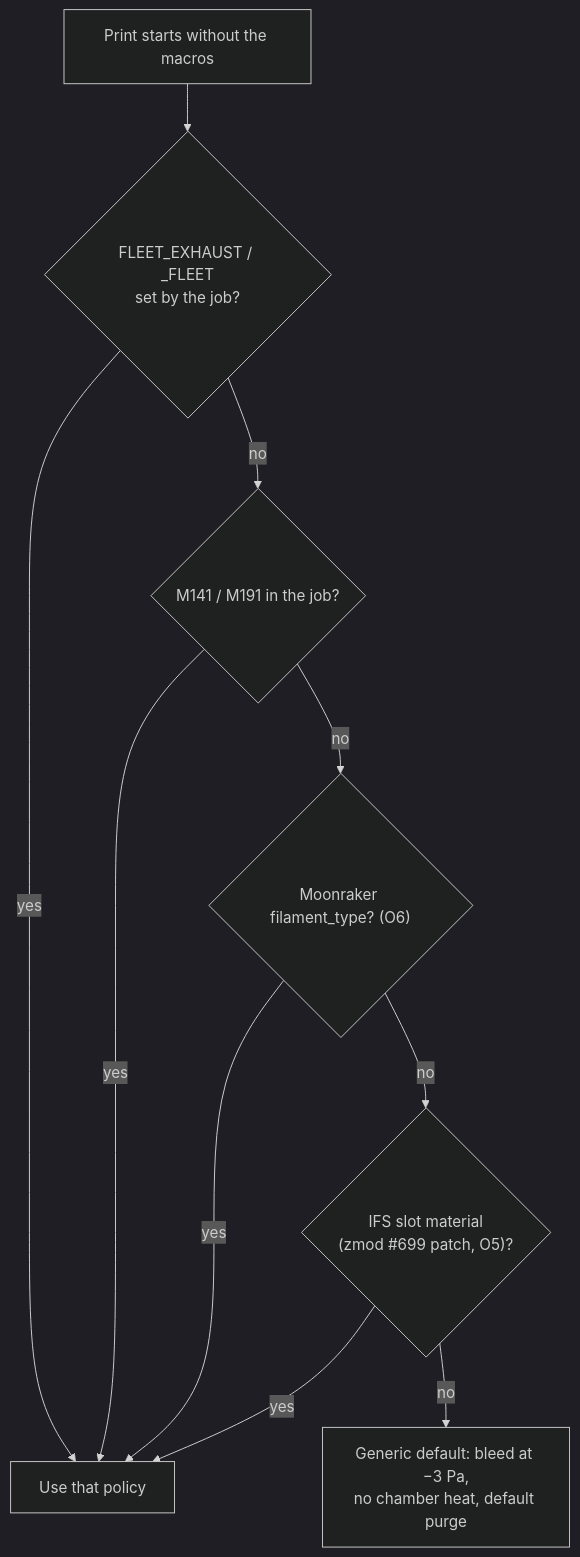
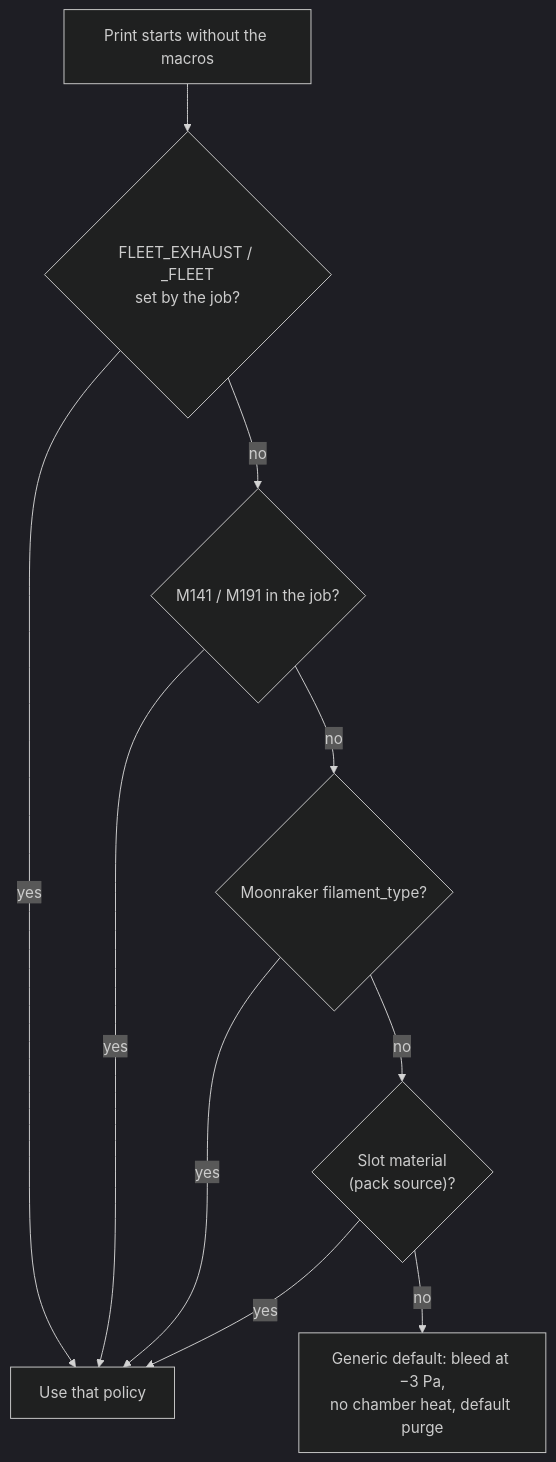
The fifth of 11 diagrams in docs/07_firmware_and_comms.md (BashfulBits/3dp-fleet-exhaust), drawn with Mermaid (dark theme) before and after one commit. The commit also changed other lines of this file and 40 other files, not shown here.

````diff
--- a/docs/07_firmware_and_comms.md
+++ b/docs/07_firmware_and_comms.md
@@ -215,12 +213,12 @@
 ```mermaid
 flowchart TD
   S["Print starts without the macros"] --> L1{"FLEET_EXHAUST / _FLEET<br>set by the job?"}
   L1 -->|"yes"| U["Use that policy"]
   L1 -->|"no"| L2{"M141 / M191 in the job?"}
   L2 -->|"yes"| U
-  L2 -->|"no"| L3{"Moonraker filament_type? (O6)"}
+  L2 -->|"no"| L3{"Moonraker filament_type?"}
   L3 -->|"yes"| U
-  L3 -->|"no"| L4{"IFS slot material<br>(zmod #699 patch, O5)?"}
+  L3 -->|"no"| L4{"Slot material<br>(pack source)?"}
   L4 -->|"yes"| U
   L4 -->|"no"| DEF["Generic default: bleed at −3 Pa,<br>no chamber heat, default purge"]
 ```
````
